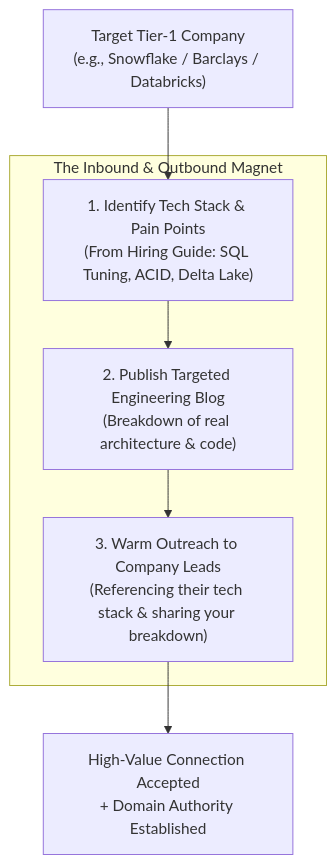
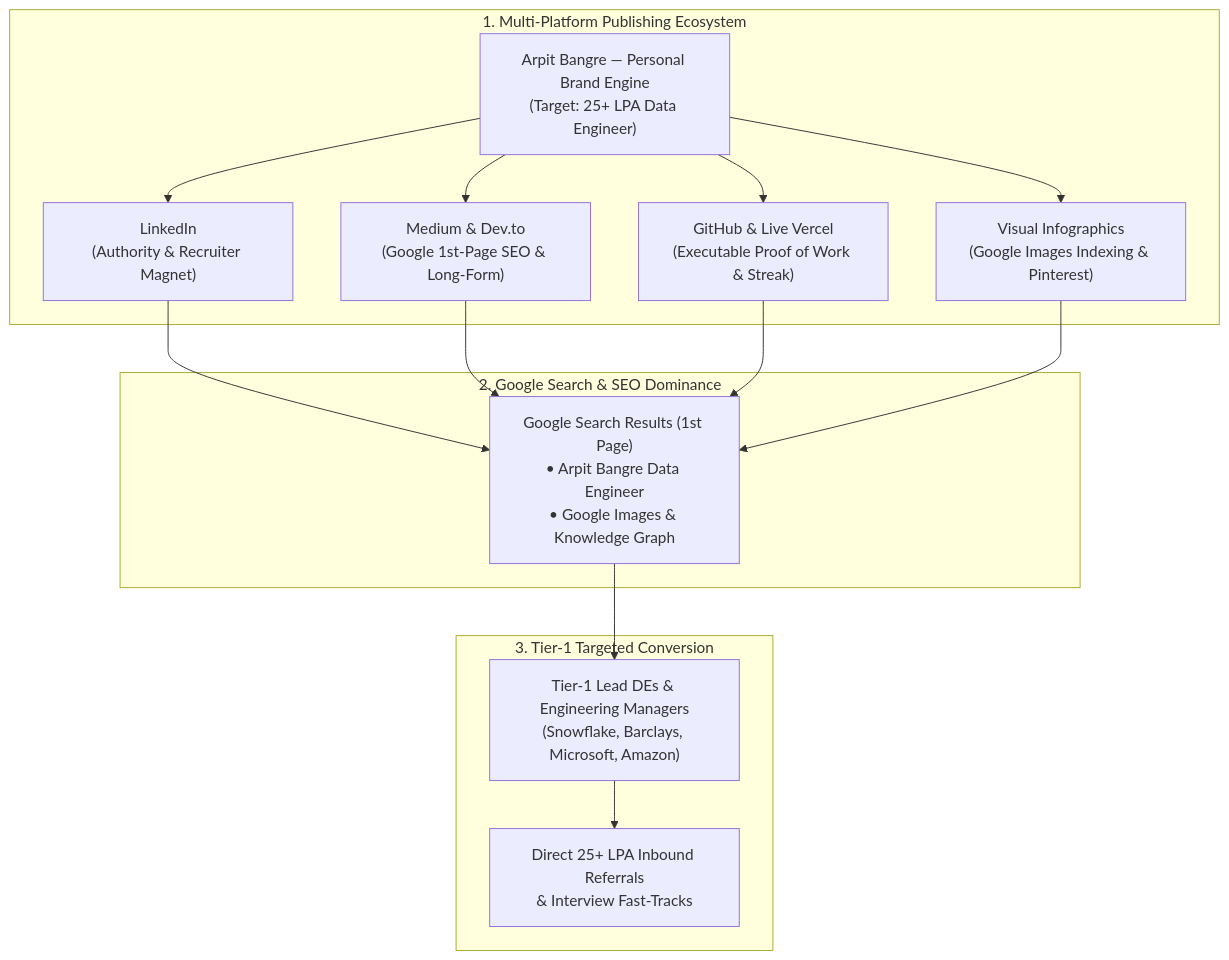
Before and after one commit to arpit-m-bangre/Data-Engineering-Master-Course: the first of 4 diagrams in EXTRA_MAGICAL_FILES/TIER_1_COMPANIES_NETWORKING_AND_BLOGGING_ENGINE.md, drawn with Mermaid. The commit also changed other lines of this file, not shown here.

Commit message:
feat(branding): add multi-platform blogging ecosystem, Google SEO dominance plan & post-premium safety playbook

````diff
--- a/EXTRA_MAGICAL_FILES/TIER_1_COMPANIES_NETWORKING_AND_BLOGGING_ENGINE.md
+++ b/EXTRA_MAGICAL_FILES/TIER_1_COMPANIES_NETWORKING_AND_BLOGGING_ENGINE.md
@@ -13,12 +13,20 @@
 ```mermaid
 flowchart TD
-    COMPANY["Target Tier-1 Company\n(e.g., Snowflake / Barclays / Databricks)"]
+    CORE["Arpit Bangre — Personal Brand Engine\n(Target: 25+ LPA Data Engineer)"]
     
-    subgraph ATTRACTION_LOOP["The Inbound & Outbound Magnet"]
-        C1["1. Identify Tech Stack & Pain Points\n(From Hiring Guide: SQL Tuning, ACID, Delta Lake)"]
-        C2["2. Publish Targeted Engineering Blog\n(Breakdown of real architecture & code)"]
-        C3["3. Warm Outreach to Company Leads\n(Referencing their tech stack & sharing your breakdown)"]
+    subgraph INBOUND_MAGNET["1. Multi-Platform Publishing Ecosystem"]
+        CORE --> LI["LinkedIn\n(Authority & Recruiter Magnet)"]
+        CORE --> MED["Medium & Dev.to\n(Google 1st-Page SEO & Long-Form)"]
+        CORE --> GH["GitHub & Live Vercel\n(Executable Proof of Work & Streak)"]
+        CORE --> PIN["Visual Infographics\n(Google Images Indexing & Pinterest)"]
     end
     
-    COMPANY --> C1 --> C2 --> C3 --> RESULT["High-Value Connection Accepted\n+ Domain Authority Established"]
+    subgraph SEARCH_ENGINE["2. Google Search & SEO Dominance"]
+        LI & MED & GH & PIN --> GOOGLE["Google Search Results (1st Page)\n• Arpit Bangre Data Engineer\n• Google Images & Knowledge Graph"]
+    end
+    
+    subgraph NETWORKING_ENGINE["3. Tier-1 Targeted Conversion"]
+        GOOGLE --> LEADS["Tier-1 Lead DEs & Engineering Managers\n(Snowflake, Barclays, Microsoft, Amazon)"]
+        LEADS --> REFERRAL["Direct 25+ LPA Inbound Referrals\n& Interview Fast-Tracks"]
+    end
 ```
````
